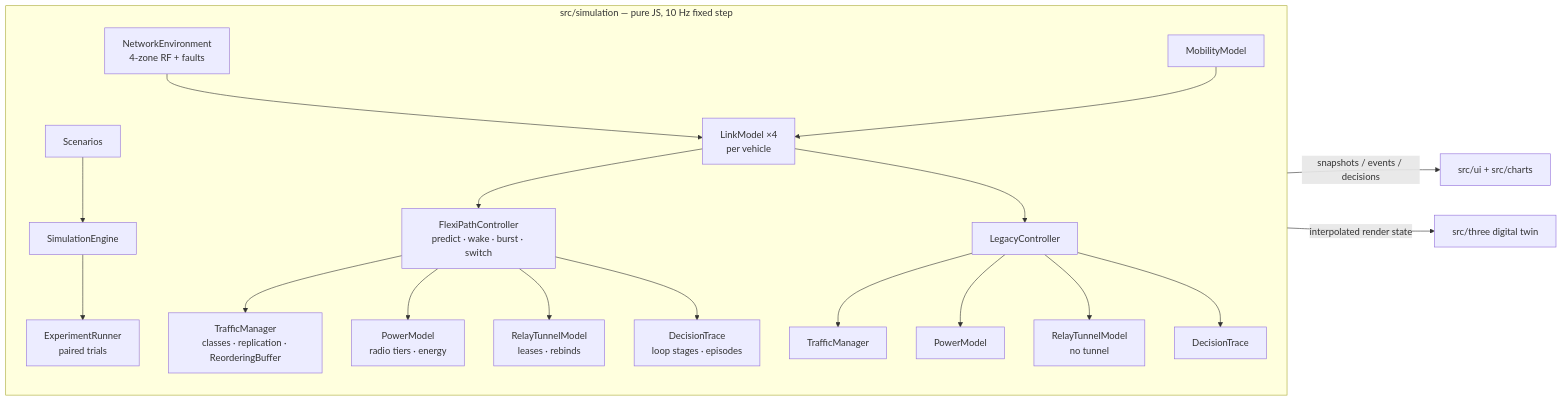
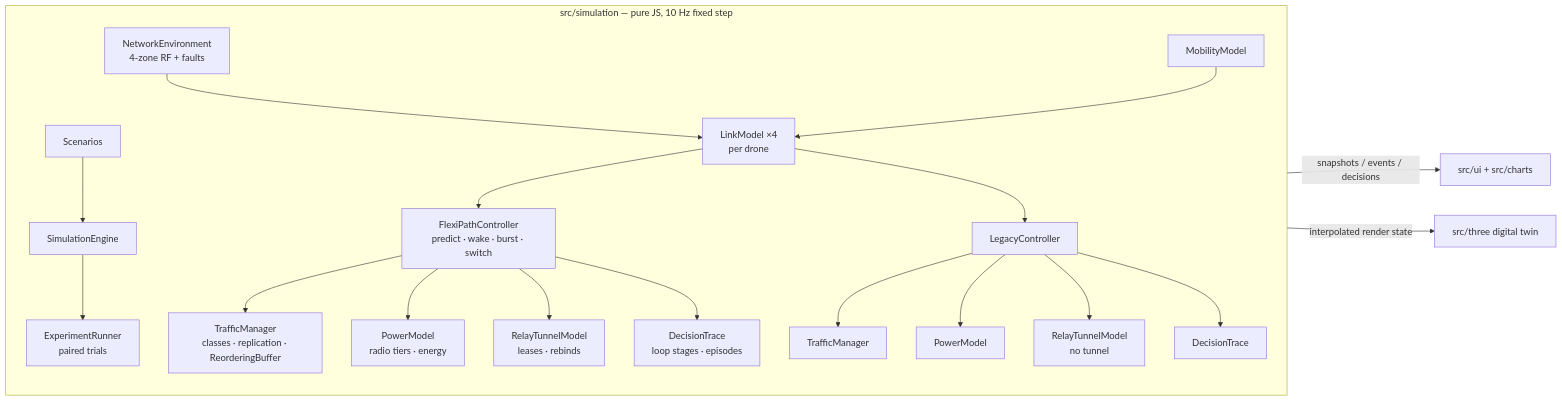
One commit to FuadAhamed91/FlexiPath changed the second of 2 diagrams in README.md. Above: the diagram before and after it, drawn with Mermaid. The commit also changed other lines of this file and 22 other files, not shown here.

First line of the commit message:
Tell the story as a drone mission with a C2 link

````diff
--- a/README.md
+++ b/README.md
@@ -323,21 +330,21 @@
 ```mermaid
 flowchart LR
   subgraph SIM["src/simulation — pure JS, 10 Hz fixed step"]
     SC[Scenarios] --> ENG[SimulationEngine]
-    ENV[NetworkEnvironment<br/>4-zone RF + faults] --> LM[LinkModel ×4<br/>per vehicle]
+    ENV[NetworkEnvironment<br/>4-zone RF + faults] --> LM[LinkModel ×4<br/>per drone]
     MOB[MobilityModel] --> LM
     LM --> FP[FlexiPathController<br/>predict · wake · burst · switch]
     LM --> LG[LegacyController]
     FP --> TM1[TrafficManager<br/>classes · replication · ReorderingBuffer]
     LG --> TM2[TrafficManager]
     FP --> PW1[PowerModel<br/>radio tiers · energy]
     LG --> PW2[PowerModel]
     FP --> RT1[RelayTunnelModel<br/>leases · rebinds]
     LG --> RT2[RelayTunnelModel<br/>no tunnel]
     FP --> DT1[DecisionTrace<br/>loop stages · episodes]
     LG --> DT2[DecisionTrace]
     ENG --> RUN[ExperimentRunner<br/>paired trials]
   end
   SIM -- snapshots / events / decisions --> HUD[src/ui + src/charts]
   SIM -- interpolated render state --> TWIN[src/three digital twin]
 ```
````
